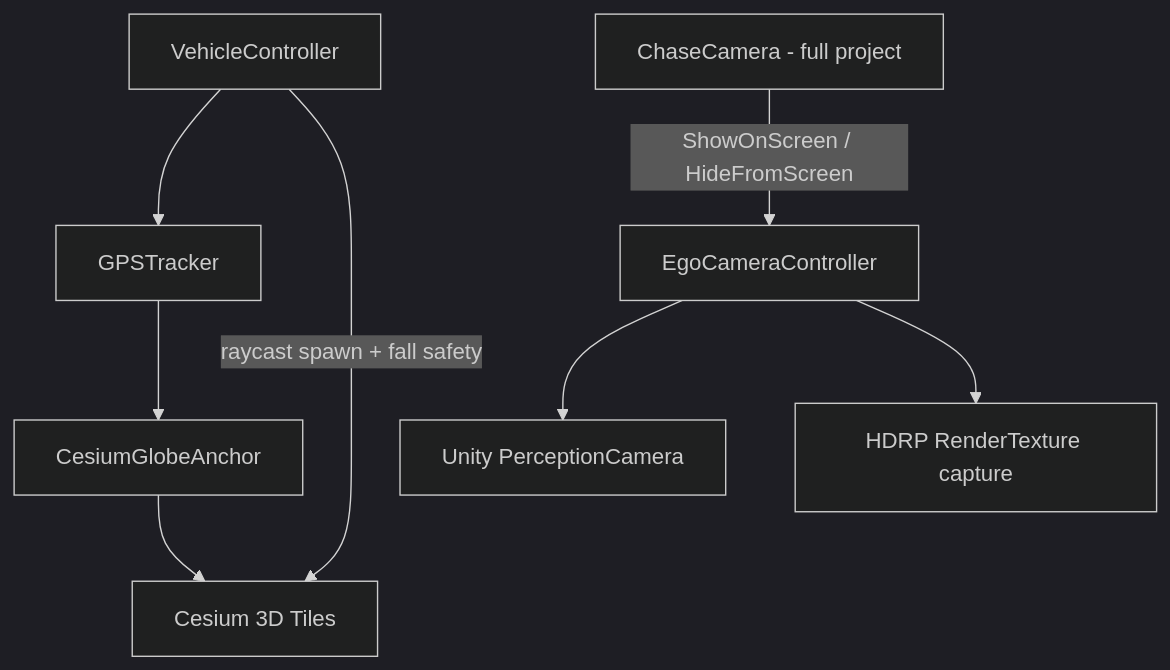
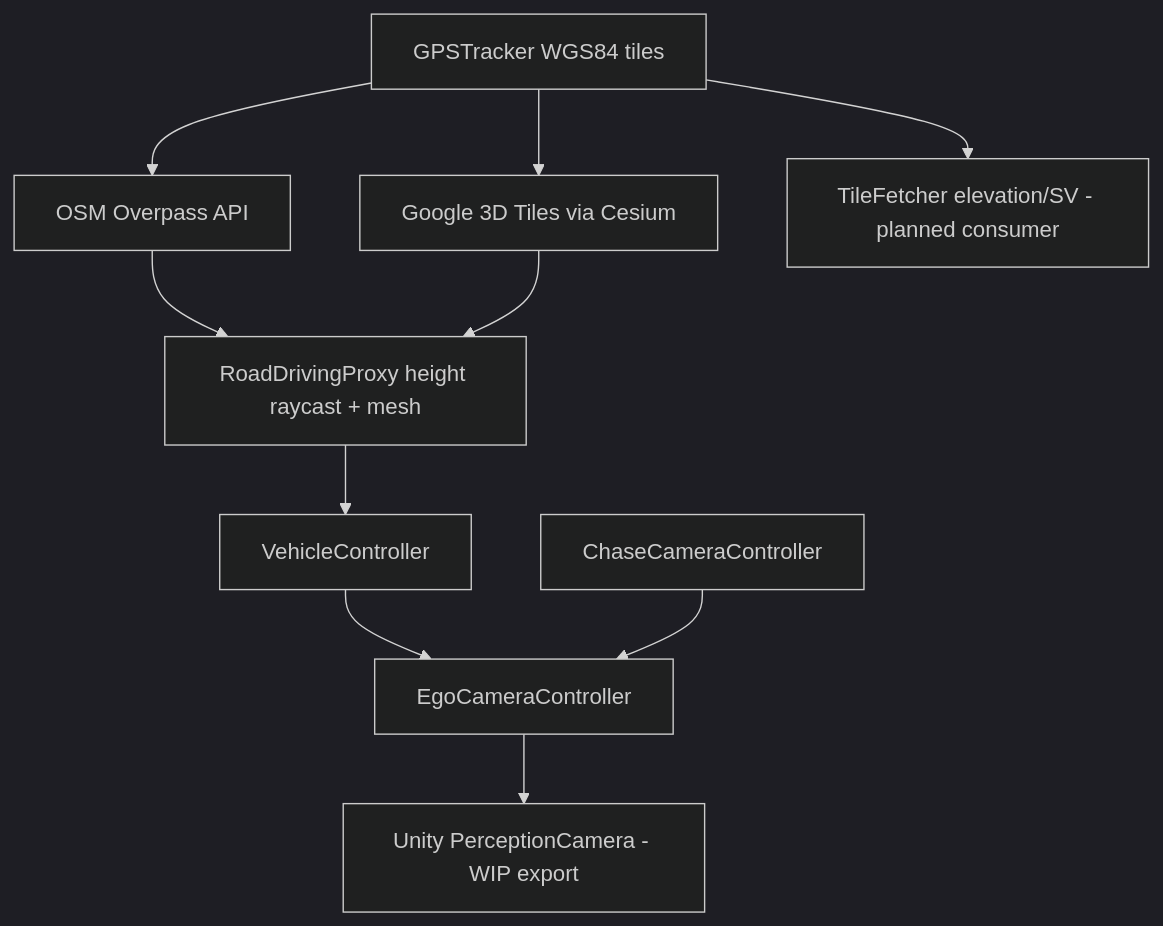
One commit to Pruthvi-Radadiya/Geospatial-Synthetic-Data-Generation changed the first of 2 diagrams in README.md. Above: the diagram before and after it, drawn with Mermaid (dark theme). The commit also changed other lines of this file and 10 other files, not shown here.

````diff
--- a/README.md
+++ b/README.md
@@ -107,10 +70,12 @@
 ```mermaid
 flowchart TD
-    VehicleController[VehicleController] --> GPSTrackerC[GPSTracker]
-    GPSTrackerC --> CesiumAnchor[CesiumGlobeAnchor]
-    CesiumAnchor --> CesiumTiles[Cesium 3D Tiles]
-    EgoCameraController --> PerceptionCam[Unity PerceptionCamera]
-    EgoCameraController --> RenderTexture[HDRP RenderTexture capture]
-    VehicleController -->|"raycast spawn + fall safety"| CesiumTiles
-    ChaseCamera[ChaseCamera - full project] -->|"ShowOnScreen / HideFromScreen"| EgoCameraController
+    GPSTracker[GPSTracker WGS84 tiles] --> OSM[OSM Overpass API]
+    GPSTracker --> Cesium[Google 3D Tiles via Cesium]
+    OSM --> Proxy[RoadDrivingProxy height raycast + mesh]
+    Cesium --> Proxy
+    Proxy --> Vehicle[VehicleController]
+    Vehicle --> Ego[EgoCameraController]
+    Ego --> Perc[Unity PerceptionCamera - WIP export]
+    Chase[ChaseCameraController] --> Ego
+    GPSTracker --> TileFetcher[TileFetcher elevation/SV - planned consumer]
 ```
````
